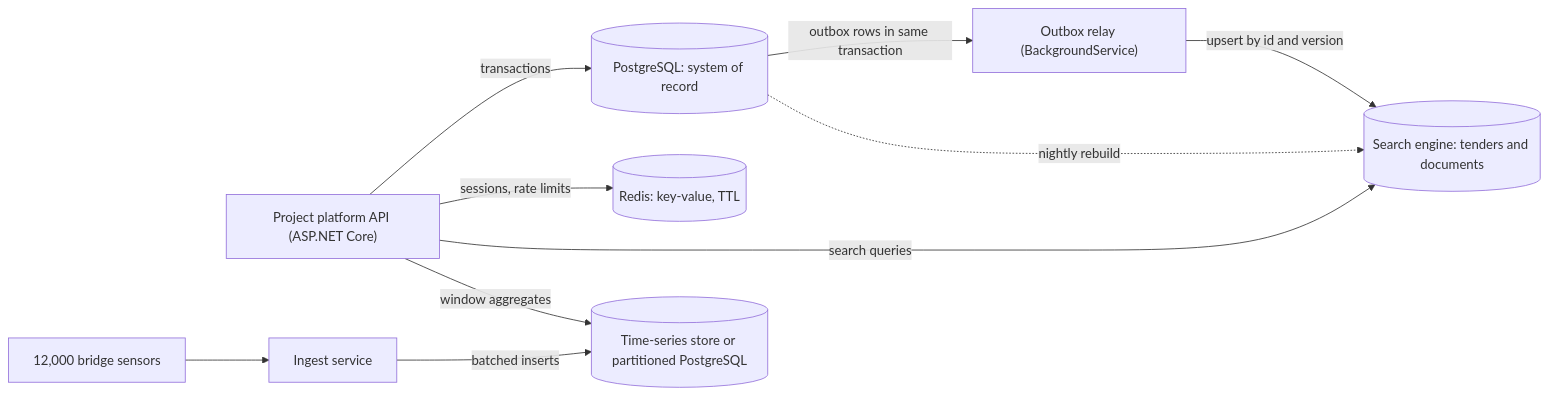
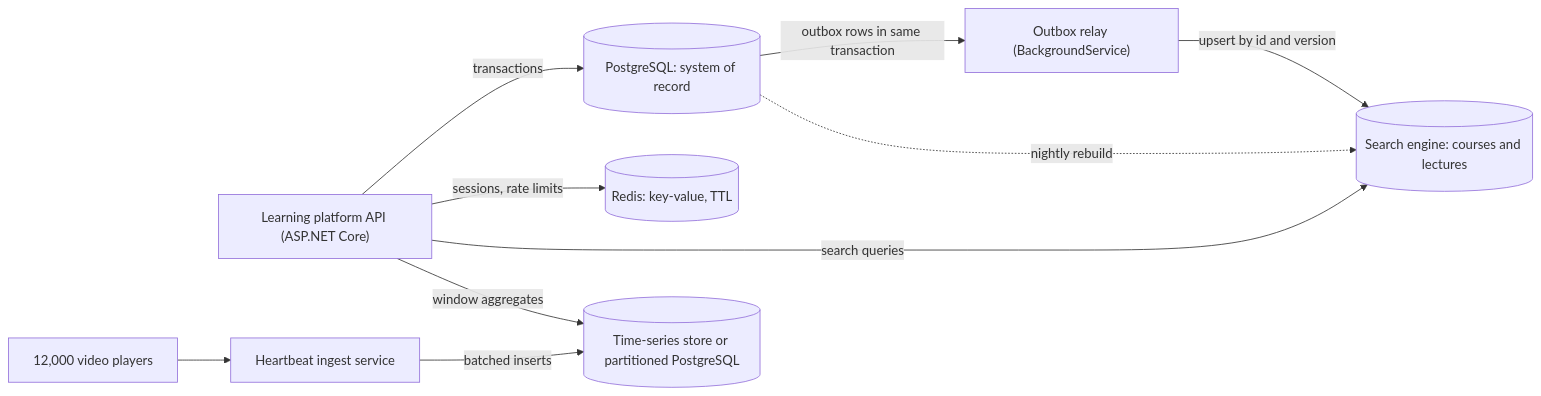
The first of 2 diagrams in content/lessons/m09/m09-relational-vs-document.md (rizwi0786/system-design-lab), drawn with Mermaid before and after one commit. The commit also changed other lines of this file and 334 other files, not shown here.

````diff
--- a/content/lessons/m09/m09-relational-vs-document.md
+++ b/content/lessons/m09/m09-relational-vs-document.md
@@ -175,12 +176,12 @@
 ```mermaid
 flowchart LR
-    APP["Project platform API (ASP.NET Core)"] -- "transactions" --> PG[("PostgreSQL: system of record")]
+    APP["Learning platform API (ASP.NET Core)"] -- "transactions" --> PG[("PostgreSQL: system of record")]
     APP -- "sessions, rate limits" --> KV[("Redis: key-value, TTL")]
     PG -- "outbox rows in same transaction" --> RELAY["Outbox relay (BackgroundService)"]
-    RELAY -- "upsert by id and version" --> SE[("Search engine: tenders and documents")]
-    SENS["12,000 bridge sensors"] --> ING["Ingest service"]
+    RELAY -- "upsert by id and version" --> SE[("Search engine: courses and lectures")]
+    SENS["12,000 video players"] --> ING["Heartbeat ingest service"]
     ING -- "batched inserts" --> TS[("Time-series store or partitioned PostgreSQL")]
     APP -- "search queries" --> SE
     APP -- "window aggregates" --> TS
     PG -. "nightly rebuild" .-> SE
 ```
````
